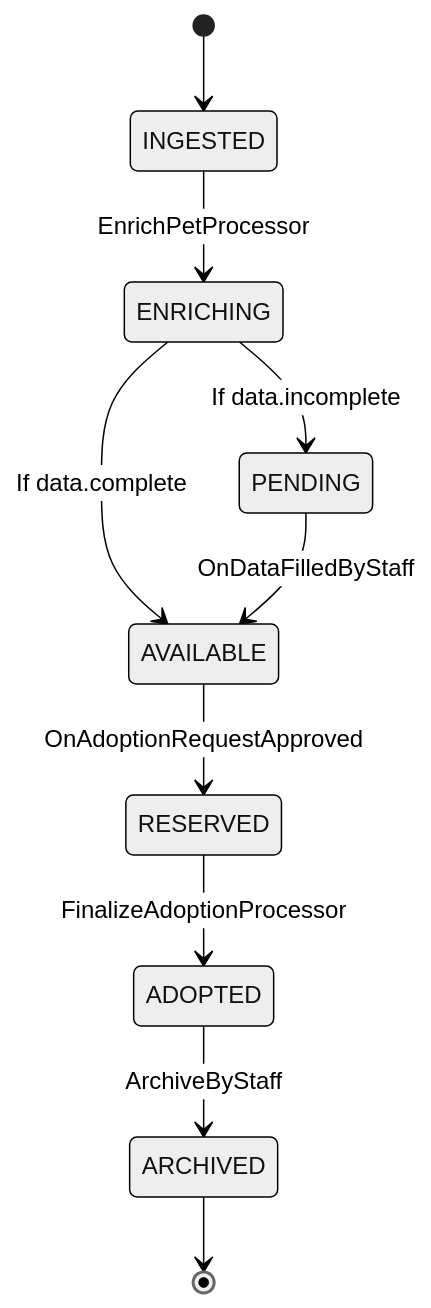
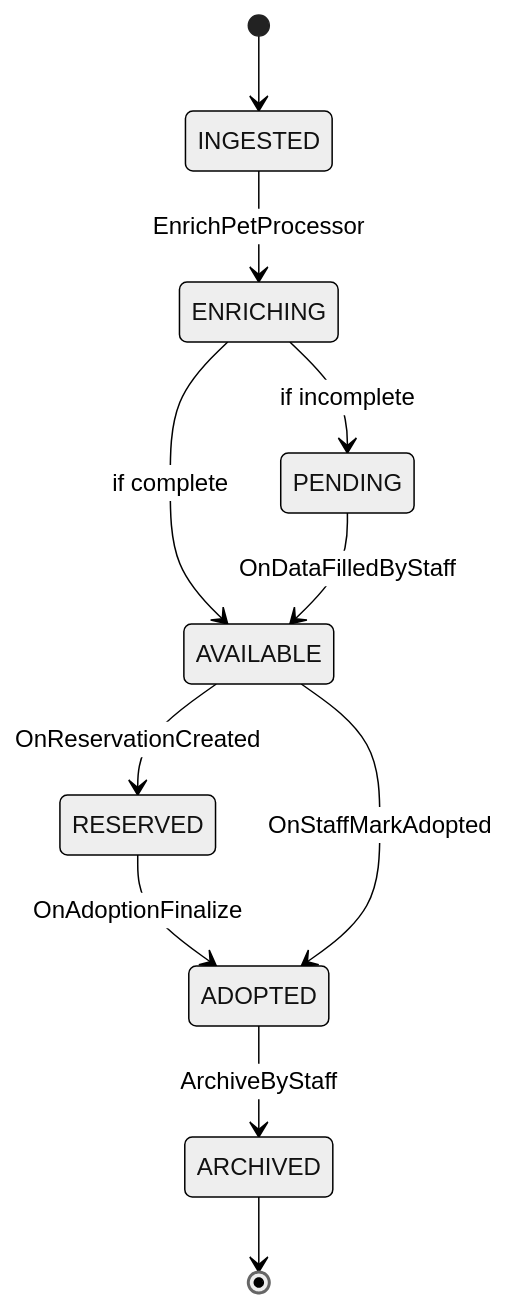
Before and after one commit to Cyoda-platform/java-client-template: the first of 3 diagrams in src/main/java/com/java_template/prototype/functional_requirement.md, drawn with Mermaid (neutral theme). The commit also changed other lines of this file, not shown here.

````diff
--- a/src/main/java/com/java_template/prototype/functional_requirement.md
+++ b/src/main/java/com/java_template/prototype/functional_requirement.md
@@ -42,12 +117,13 @@
 ```mermaid
 stateDiagram-v2
     [*] --> INGESTED
     INGESTED --> ENRICHING : EnrichPetProcessor
-    ENRICHING --> AVAILABLE : If data.complete
-    ENRICHING --> PENDING : If data.incomplete
-    AVAILABLE --> RESERVED : OnAdoptionRequestApproved
-    RESERVED --> ADOPTED : FinalizeAdoptionProcessor
+    ENRICHING --> AVAILABLE : if complete
+    ENRICHING --> PENDING : if incomplete
     PENDING --> AVAILABLE : OnDataFilledByStaff
+    AVAILABLE --> RESERVED : OnReservationCreated
+    RESERVED --> ADOPTED : OnAdoptionFinalize
+    AVAILABLE --> ADOPTED : OnStaffMarkAdopted
     ADOPTED --> ARCHIVED : ArchiveByStaff
     ARCHIVED --> [*]
 ```
````
